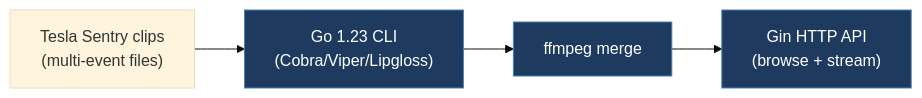
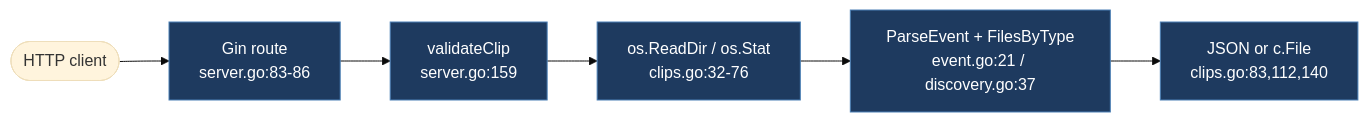
One commit to babico/TeslaCANModder changed the diagram in docs/legacy/denysvitali-tesla-sentry-viewer.md. Above: the diagram before and after it, drawn with Mermaid (base theme). The commit also changed other lines of this file and 99 other files, not shown here.

````diff
--- a/docs/legacy/denysvitali-tesla-sentry-viewer.md
+++ b/docs/legacy/denysvitali-tesla-sentry-viewer.md
@@ -26,8 +66,10 @@
 ```mermaid
 flowchart LR
-    Clips["Tesla Sentry clips<br/>(multi-event files)"] --> Go["Go 1.23 CLI<br/>(Cobra/Viper/Lipgloss)"]
-    Go --> FF["ffmpeg merge"]
-    FF --> Server["Gin HTTP API<br/>(browse + stream)"]
+    Client([HTTP client]) --> Route["Gin route<br/>server.go:83-86"]
+    Route --> Val["validateClip<br/>server.go:159"]
+    Val --> Disk["os.ReadDir / os.Stat<br/>clips.go:32-76"]
+    Disk --> Decode["ParseEvent + FilesByType<br/>event.go:21 / discovery.go:37"]
+    Decode --> Resp["JSON or c.File<br/>clips.go:83,112,140"]
     classDef path fill:#1e3a5f,stroke:#4a7fb5,color:#fff
-    class Go,FF,Server path
+    class Route,Val,Disk,Decode,Resp path
 ```
````
